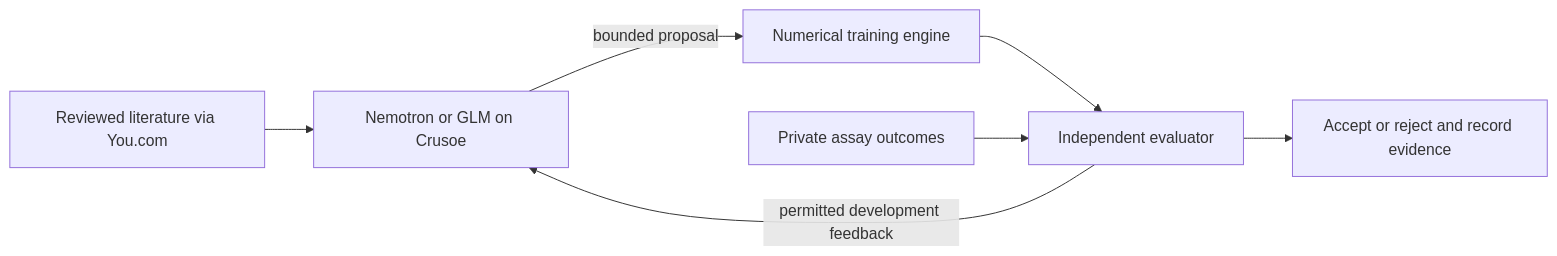
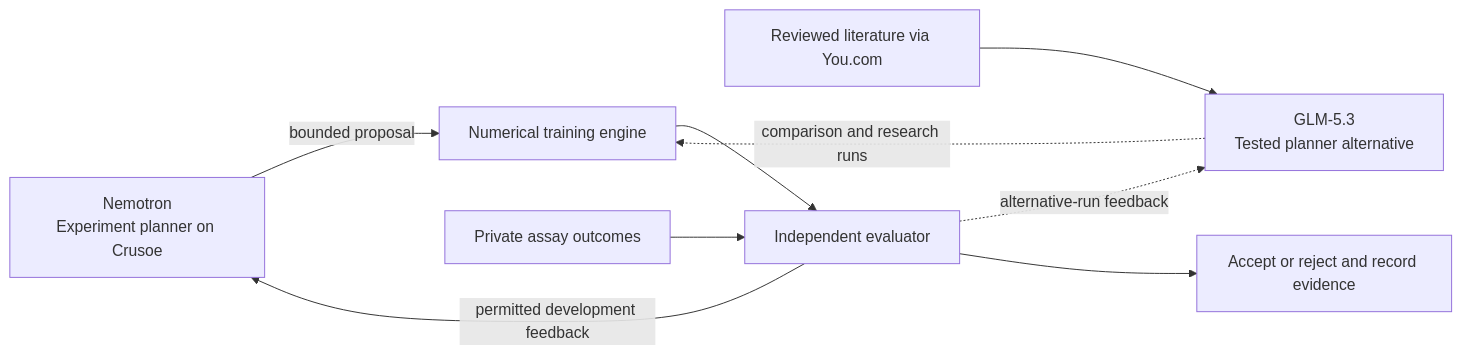
One commit to Gentle-mann/escape-lab changed the diagram in README.md. Above: the diagram before and after it, drawn with Mermaid. The commit also changed other lines of this file, not shown here.

Commit message:
docs: distinguish Nemotron planner from tested GLM alternative

````diff
--- a/README.md
+++ b/README.md
@@ -48,9 +48,11 @@
 ```mermaid
 flowchart LR
-    R[Reviewed literature via You.com] --> A[Nemotron or GLM on Crusoe]
-    A -->|bounded proposal| N[Numerical training engine]
+    A["Nemotron<br/>Experiment planner on Crusoe"] -->|bounded proposal| N[Numerical training engine]
+    G["GLM-5.3<br/>Tested planner alternative"] -.->|comparison and research runs| N
+    R[Reviewed literature via You.com] --> G
     N --> E[Independent evaluator]
     E -->|permitted development feedback| A
+    E -.->|alternative-run feedback| G
     E --> V[Accept or reject and record evidence]
     D[Private assay outcomes] --> E
 ```
````
